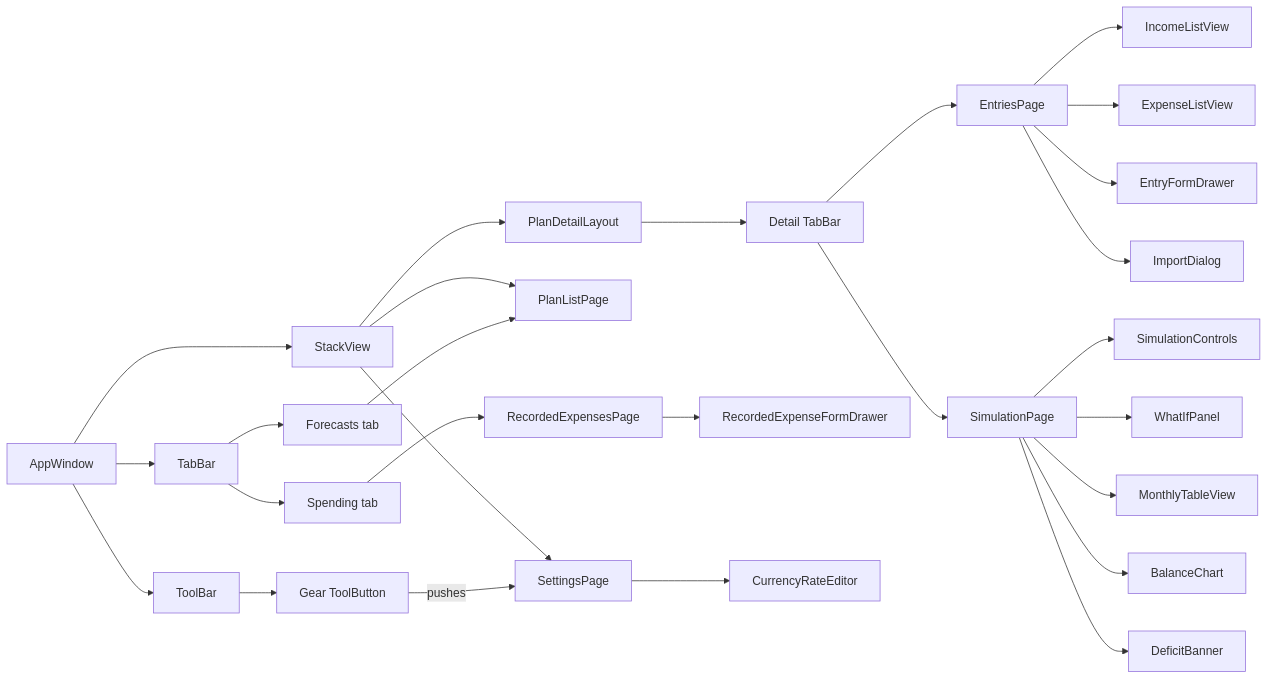
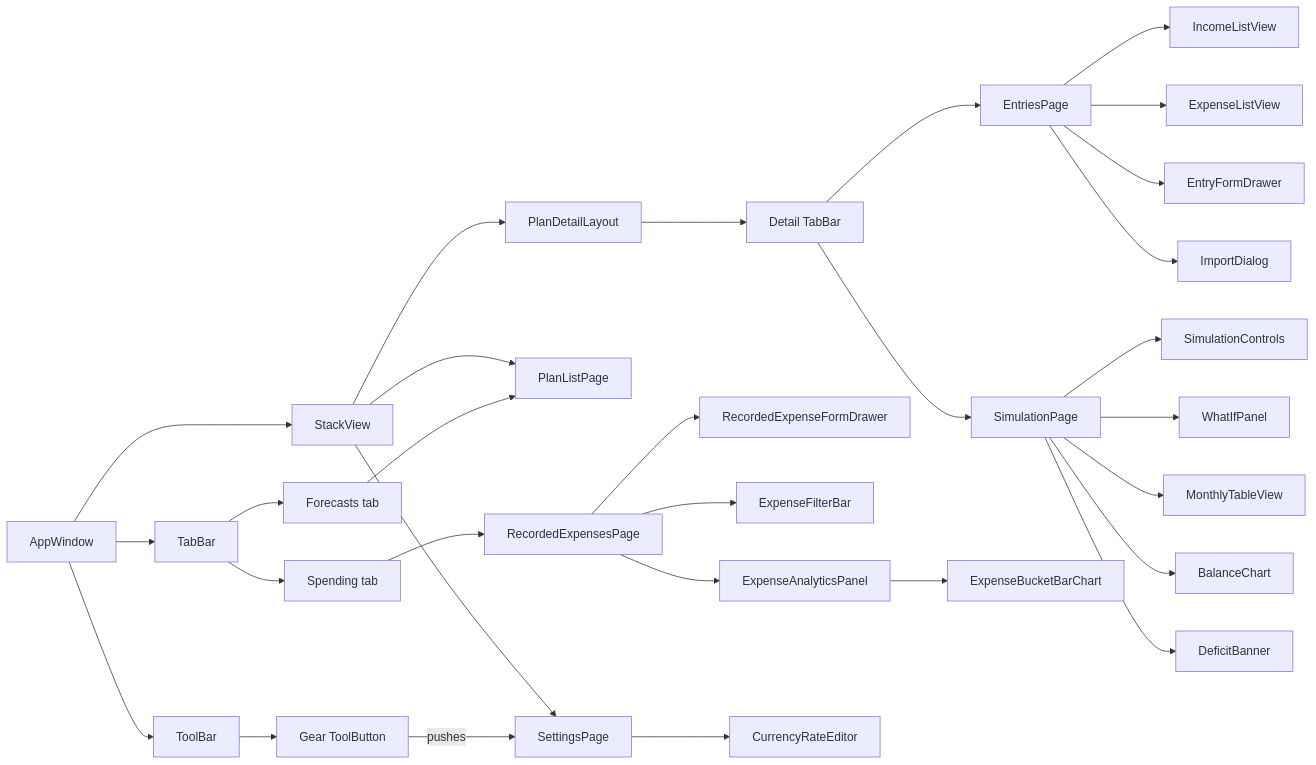
One commit to sekurado/cash-flow-planner-app changed the eighth of 21 diagrams in docs/DESIGN.md. Above: the diagram before and after it, drawn with Mermaid. The commit also changed other lines of this file and 9 other files, not shown here.

````diff
--- a/docs/DESIGN.md
+++ b/docs/DESIGN.md
@@ -1014,37 +1030,40 @@
 ```mermaid
 flowchart LR
     AppWindow --> ToolBar
     AppWindow --> TabBar
     AppWindow --> StackView
     ToolBar --> GearButton["Gear ToolButton"]
     GearButton -->|"pushes"| SettingsPage
 
     TabBar --> ForecastsTab["Forecasts tab"]
     TabBar --> SpendingTab["Spending tab"]
     ForecastsTab --> PlanListPage
     SpendingTab --> RecordedExpensesPage
 
     StackView --> PlanListPage
     StackView --> PlanDetailLayout
     StackView --> SettingsPage
 
     PlanDetailLayout --> TabBar2["Detail TabBar"]
     TabBar2 --> EntriesPage
     TabBar2 --> SimulationPage
 
     RecordedExpensesPage --> RecordedExpenseFormDrawer
+    RecordedExpensesPage --> ExpenseFilterBar
+    RecordedExpensesPage --> ExpenseAnalyticsPanel
+    ExpenseAnalyticsPanel --> ExpenseBucketBarChart
 
     EntriesPage --> IncomeListView
     EntriesPage --> ExpenseListView
     EntriesPage --> EntryFormDrawer
 
     SimulationPage --> SimulationControls
     SimulationPage --> WhatIfPanel
     SimulationPage --> MonthlyTableView
     SimulationPage --> BalanceChart
     SimulationPage --> DeficitBanner
 
     EntriesPage --> ImportDialog
 
     SettingsPage --> CurrencyRateEditor
 ```
````
